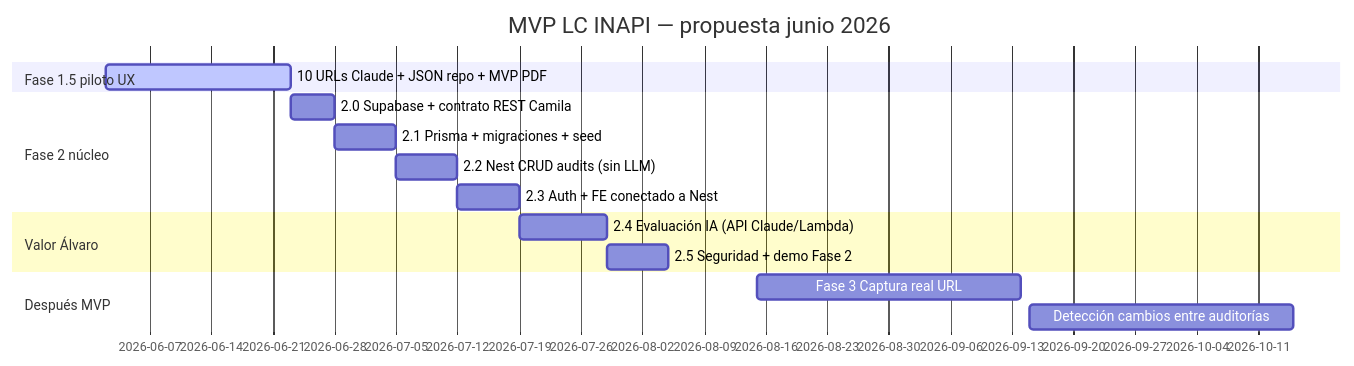
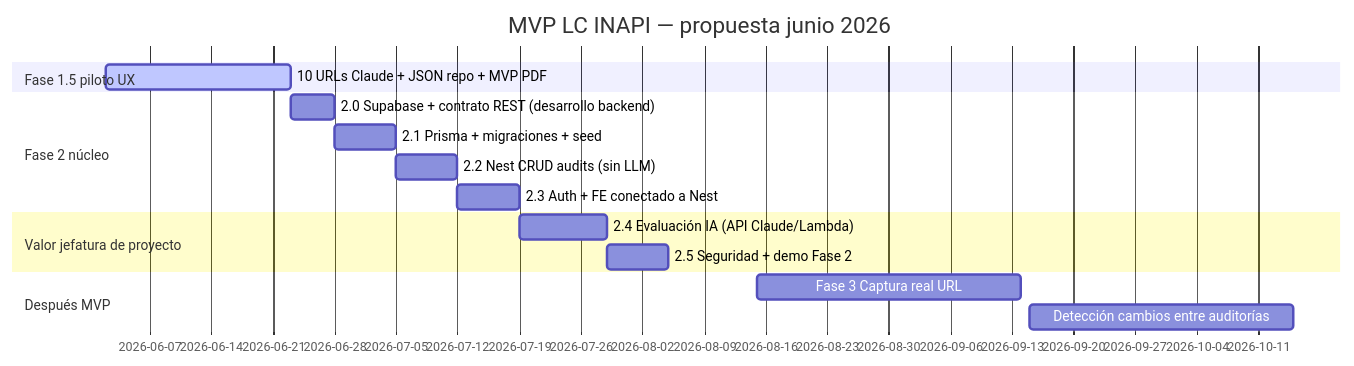
The diagram in docs/Propuesta Análisis LC URLs.md (Fernandodesign96/lc-inapi.app), drawn with Mermaid before and after one commit. The commit also changed other lines of this file and 99 other files, not shown here.

````diff
--- a/docs/Propuesta Análisis LC URLs.md
+++ b/docs/Propuesta Análisis LC URLs.md
@@ -155,18 +155,18 @@
 ```mermaid
 gantt
   title MVP LC INAPI — propuesta junio 2026
   dateFormat YYYY-MM-DD
   section Fase 1.5 piloto UX
   10 URLs Claude + JSON repo + MVP PDF :active, 2026-06-02, 21d
   section Fase 2 núcleo
-  2.0 Supabase + contrato REST Camila :2026-06-23, 5d
+  2.0 Supabase + contrato REST (desarrollo backend) :2026-06-23, 5d
   2.1 Prisma + migraciones + seed      :2026-06-28, 7d
   2.2 Nest CRUD audits (sin LLM)       :2026-07-05, 7d
   2.3 Auth + FE conectado a Nest       :2026-07-12, 7d
-  section Valor Álvaro
+  section Valor jefatura de proyecto
   2.4 Evaluación IA (API Claude/Lambda):2026-07-19, 10d
   2.5 Seguridad + demo Fase 2          :2026-07-29, 7d
   section Después MVP
   Fase 3 Captura real URL              :2026-08-15, 30d
   Detección cambios entre auditorías   :2026-09-15, 30d
 ```
````
